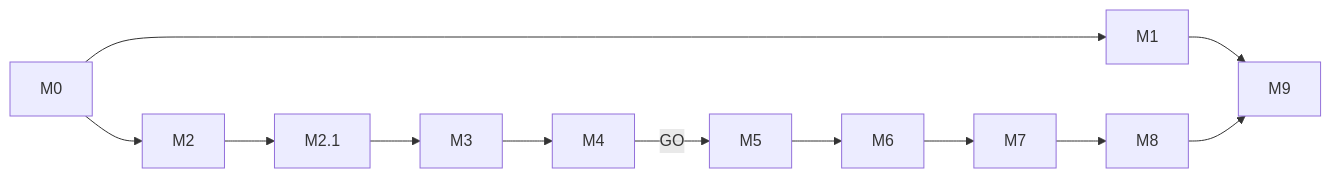
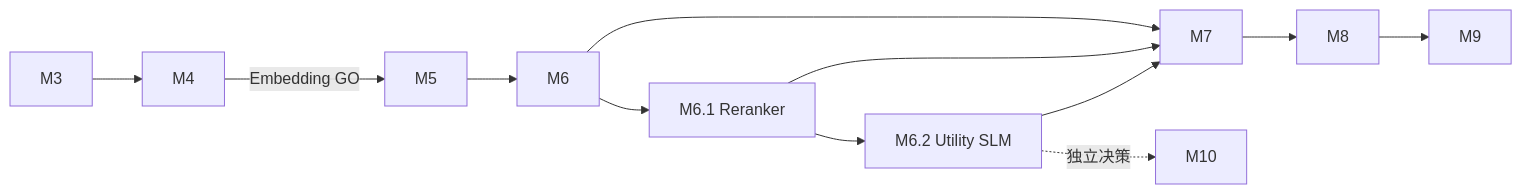
One commit to Wanjin5508/vault-coach changed the diagram in kb/v1.3.4后续开发日志/开发规划与过程记录/v1.5-开发日志/00-v1.5-开发总览与学习路线.md. Above: the diagram before and after it, drawn with Mermaid. The commit also changed other lines of this file and 28 other files, not shown here.

````diff
--- a/kb/v1.3.4后续开发日志/开发规划与过程记录/v1.5-开发日志/00-v1.5-开发总览与学习路线.md
+++ b/kb/v1.3.4后续开发日志/开发规划与过程记录/v1.5-开发日志/00-v1.5-开发总览与学习路线.md
@@ -71,14 +43,14 @@
 ```mermaid
 flowchart LR
-    M0 --> M1
-    M0 --> M2
-    M2 --> M21[M2.1]
-    M21 --> M3
     M3 --> M4
-    M4 -->|GO| M5
+    M4 -->|Embedding GO| M5
     M5 --> M6
+    M6 --> M61[M6.1 Reranker]
+    M61 --> M62[M6.2 Utility SLM]
     M6 --> M7
+    M61 --> M7
+    M62 --> M7
     M7 --> M8
-    M1 --> M9
     M8 --> M9
+    M62 -. 独立决策 .-> M10
 ```
````
